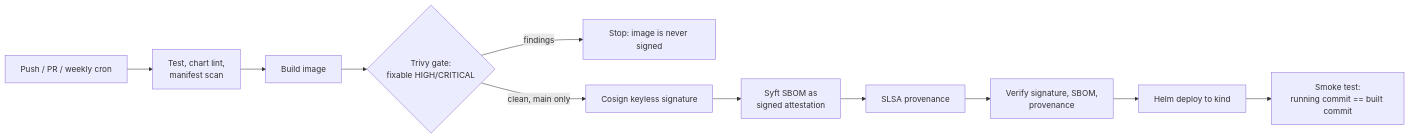
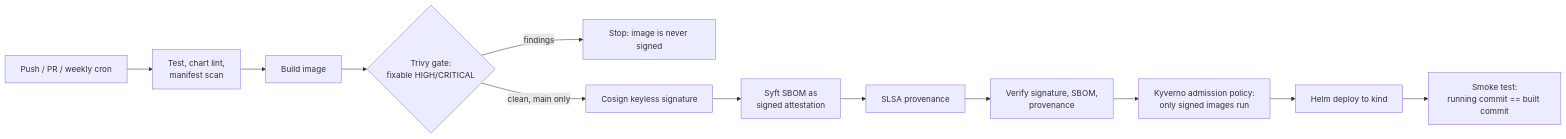
One commit to makrischaralampos/helmsman changed the diagram in README.md. Above: the diagram before and after it, drawn with Mermaid. The commit also changed other lines of this file and 7 other files, not shown here.

Commit message:
feat: enforce signed images at cluster admission with Kyverno (#7)

````diff
--- a/README.md
+++ b/README.md
@@ -24,13 +24,14 @@
 ```mermaid
 flowchart LR
   A[Push / PR / weekly cron] --> B[Test, chart lint,<br/>manifest scan]
   B --> C[Build image]
   C --> D{Trivy gate:<br/>fixable HIGH/CRITICAL}
   D -- findings --> X[Stop: image is never signed]
   D -- clean, main only --> E[Cosign keyless signature]
   E --> F[Syft SBOM as<br/>signed attestation]
   F --> G[SLSA provenance]
   G --> H[Verify signature, SBOM,<br/>provenance]
-  H --> I[Helm deploy to kind]
+  H --> K[Kyverno admission policy:<br/>only signed images run]
+  K --> I[Helm deploy to kind]
   I --> J[Smoke test:<br/>running commit == built commit]
 ```
````
